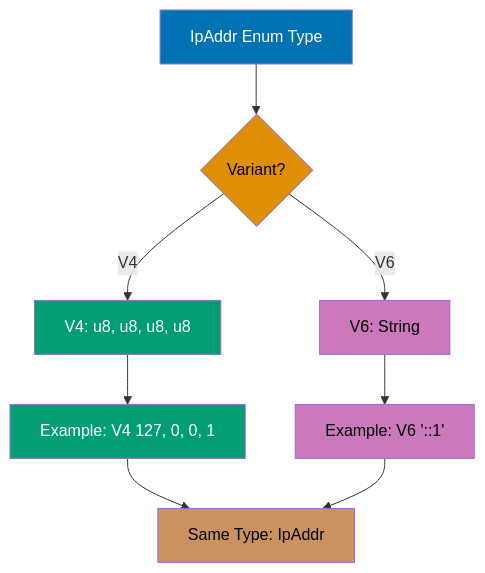
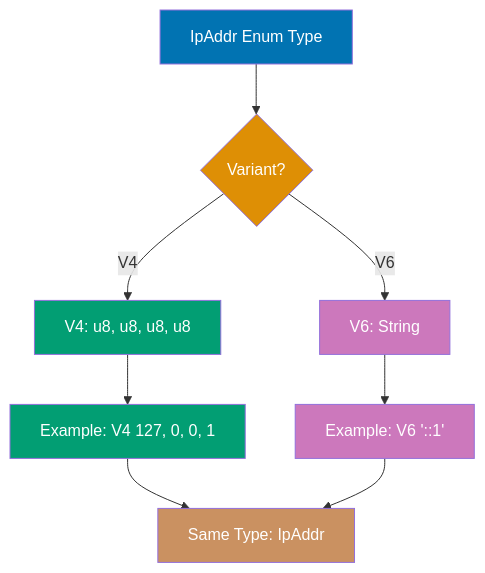
Before and after one commit to wahidyankf/open-sharia-enterprise: the eighth of 9 diagrams in apps/ayokoding-web/content/en/learn/software-engineering/programming-languages/rust/by-example/beginner.md, drawn with Mermaid. The commit also changed other lines of this file and 61 other files, not shown here.

First line of the commit message:
fix(ayokoding-web): quote Mermaid node labels with special characters in Example 63

````diff
--- a/apps/ayokoding-web/content/en/learn/software-engineering/programming-languages/rust/by-example/beginner.md
+++ b/apps/ayokoding-web/content/en/learn/software-engineering/programming-languages/rust/by-example/beginner.md
@@ -1792,21 +1792,21 @@
 ```mermaid
 %% Enum variants: different data types
 graph TD
     A[IpAddr Enum Type] --> B{Variant?}
     B -->|V4| C[V4: u8, u8, u8, u8]
     C --> D[Example: V4 127, 0, 0, 1]
 
     B -->|V6| E[V6: String]
     E --> F[Example: V6 '::1']
 
     D --> G[Same Type: IpAddr]
     F --> G
 
     style A fill:#0173B2,color:#fff
-    style B fill:#DE8F05,color:#000
+    style B fill:#DE8F05,color:#fff
     style C fill:#029E73,color:#fff
     style D fill:#029E73,color:#fff
-    style E fill:#CC78BC,color:#000
-    style F fill:#CC78BC,color:#000
-    style G fill:#CA9161,color:#000
+    style E fill:#CC78BC,color:#fff
+    style F fill:#CC78BC,color:#fff
+    style G fill:#CA9161,color:#fff
 ```
````
